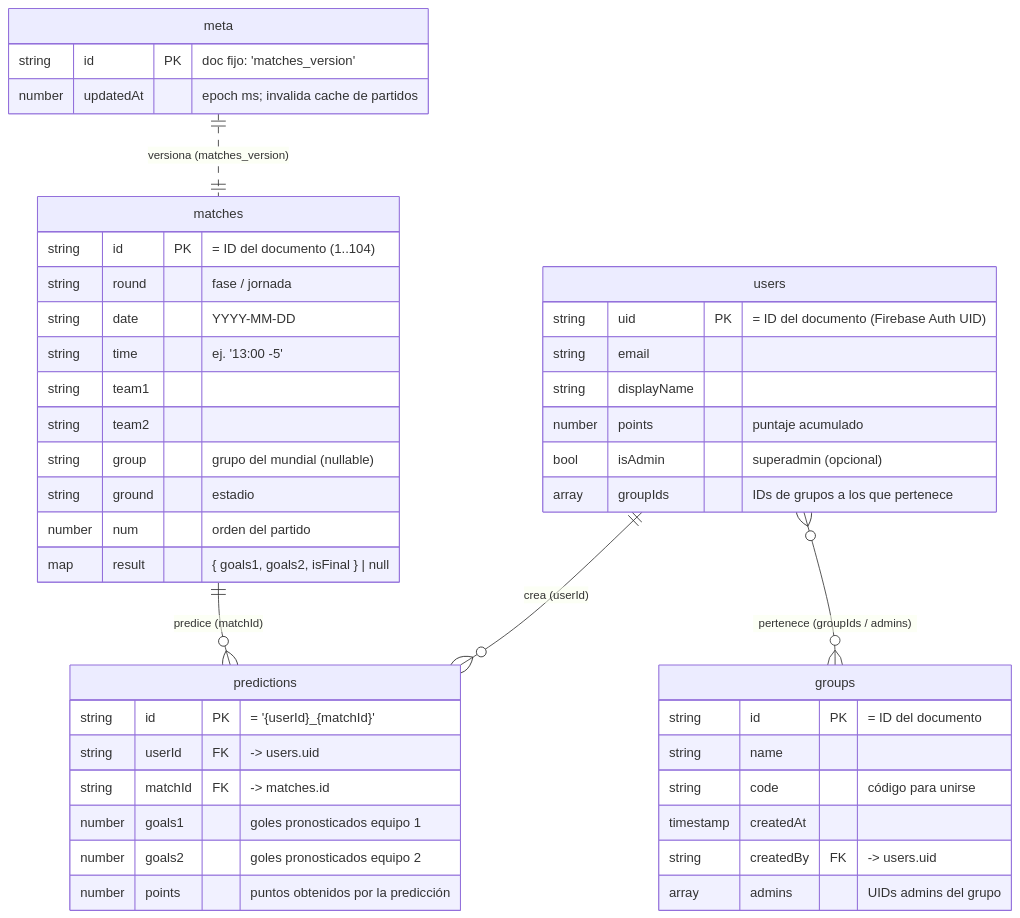
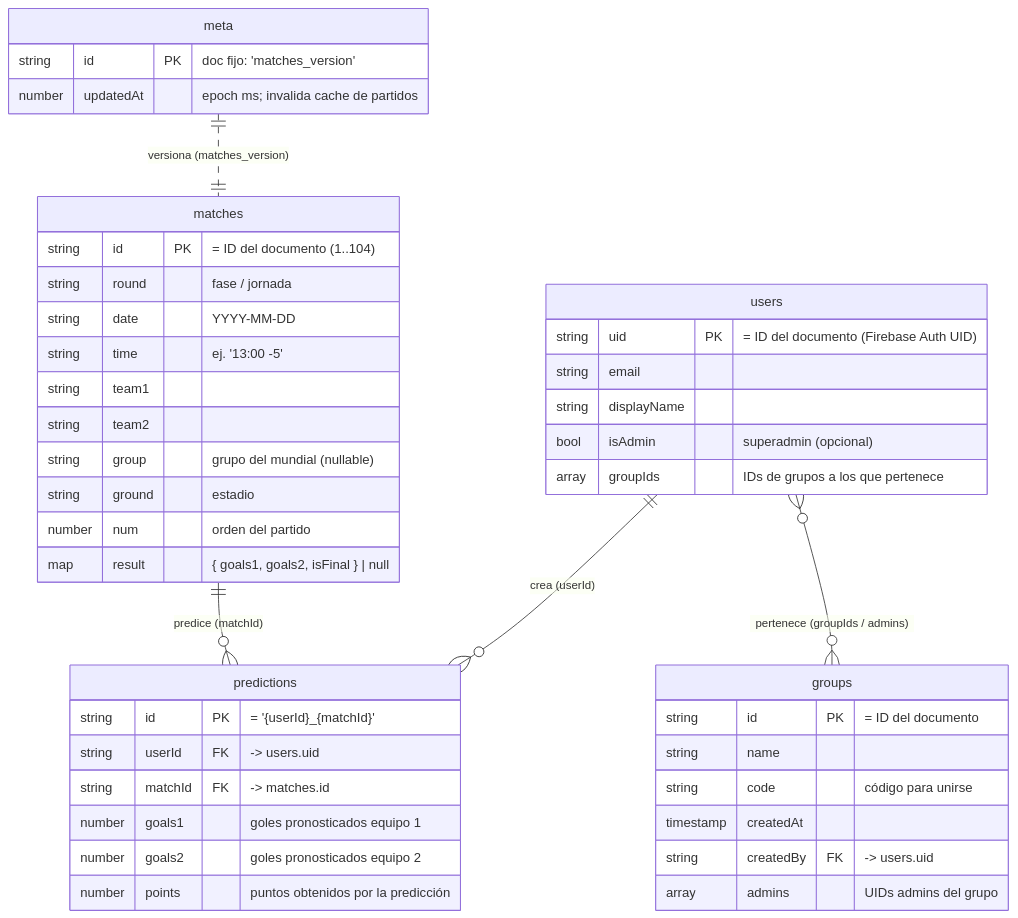
Before and after one commit to jgr7003/polla-amigos: the diagram in DATABASE.md, drawn with Mermaid. The commit also changed other lines of this file and 2 other files, not shown here.

````diff
--- a/DATABASE.md
+++ b/DATABASE.md
@@ -10,52 +10,51 @@
 ```mermaid
 erDiagram
     users ||--o{ predictions : "crea (userId)"
     matches ||--o{ predictions : "predice (matchId)"
     users }o--o{ groups : "pertenece (groupIds / admins)"
     meta ||..|| matches : "versiona (matches_version)"
 
     users {
         string uid PK "= ID del documento (Firebase Auth UID)"
         string email
         string displayName
-        number points "puntaje acumulado"
         bool isAdmin "superadmin (opcional)"
         array groupIds "IDs de grupos a los que pertenece"
     }
 
     matches {
         string id PK "= ID del documento (1..104)"
         string round "fase / jornada"
         string date "YYYY-MM-DD"
         string time "ej. '13:00 -5'"
         string team1
         string team2
         string group "grupo del mundial (nullable)"
         string ground "estadio"
         number num "orden del partido"
         map result "{ goals1, goals2, isFinal } | null"
     }
 
     predictions {
         string id PK "= '{userId}_{matchId}'"
         string userId FK "-> users.uid"
         string matchId FK "-> matches.id"
         number goals1 "goles pronosticados equipo 1"
         number goals2 "goles pronosticados equipo 2"
         number points "puntos obtenidos por la predicción"
     }
 
     groups {
         string id PK "= ID del documento"
         string name
         string code "código para unirse"
         timestamp createdAt
         string createdBy FK "-> users.uid"
         array admins "UIDs admins del grupo"
     }
 
     meta {
         string id PK "doc fijo: 'matches_version'"
         number updatedAt "epoch ms; invalida cache de partidos"
     }
 ```
````
